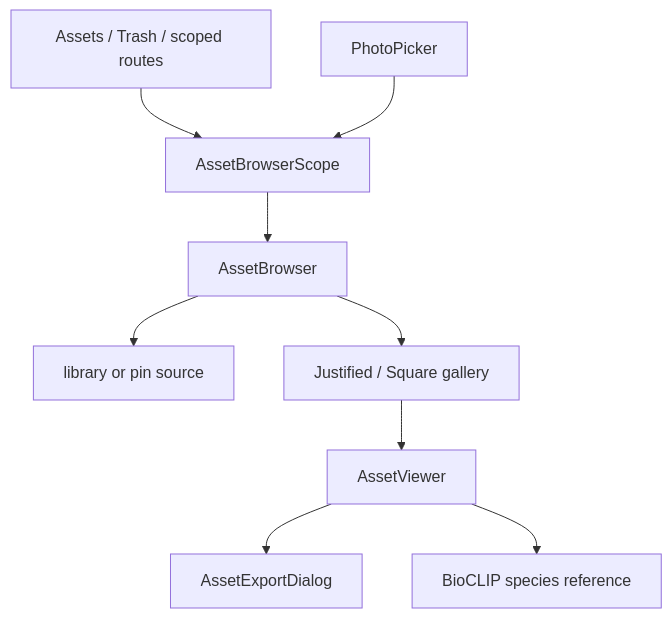
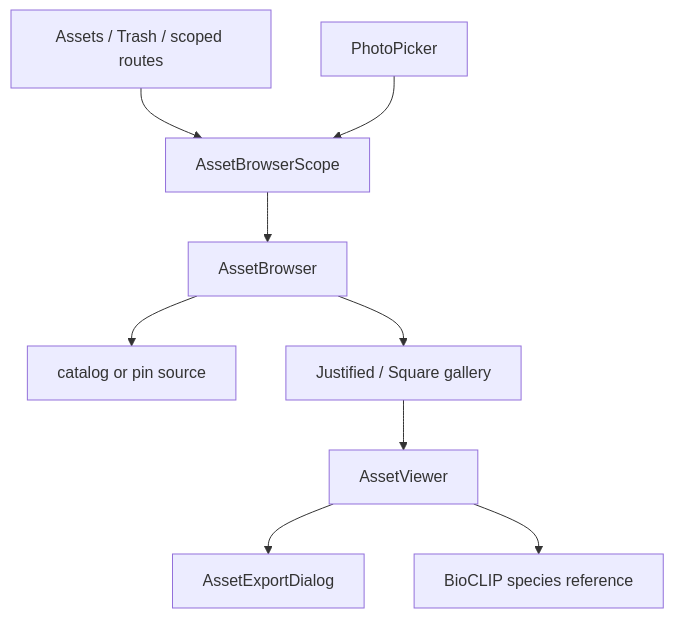
The diagram in web/src/features/assets/doc.md (EdwinZhanCN/Lumilio-Photos), drawn with Mermaid before and after one commit. The commit also changed other lines of this file and 623 other files, not shown here.

````diff
--- a/web/src/features/assets/doc.md
+++ b/web/src/features/assets/doc.md
@@ -24,11 +24,11 @@
 ```mermaid
 flowchart TD
     ROUTES["Assets / Trash / scoped routes"] --> SCOPE["AssetBrowserScope"]
     SCOPE --> BROWSER["AssetBrowser"]
-    BROWSER --> SOURCE["library or pin source"]
+    BROWSER --> SOURCE["catalog or pin source"]
     BROWSER --> GALLERY["Justified / Square gallery"]
     GALLERY --> VIEWER["AssetViewer"]
     VIEWER --> EXPORT["AssetExportDialog"]
     VIEWER --> SPECIES["BioCLIP species reference"]
     PICKER["PhotoPicker"] --> SCOPE
 ```
````
